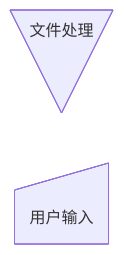
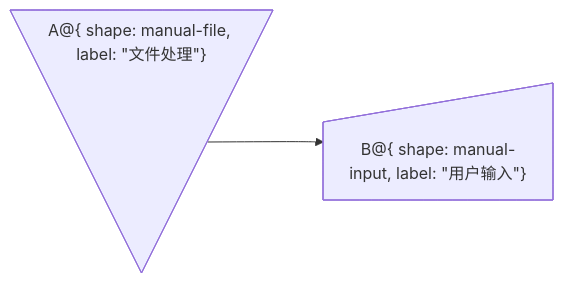
The fifth of 5 diagrams in _posts/2025-09-02-jekyll_plugin.md (liulong0125/liulong0125.github.io), drawn with Mermaid before and after one commit. The commit also changed other lines of this file and 2 other files, not shown here.

Commit message:
流程图更新

````diff
--- a/_posts/2025-09-02-jekyll_plugin.md
+++ b/_posts/2025-09-02-jekyll_plugin.md
@@ -176,5 +162,7 @@
 ```mermaid
 flowchart LR
-  节点A@{ shape: manual-file, label: "文件处理"}
-  节点B@{ shape: manual-input, label: "用户输入"}
+  A@{ shape: manual-file, label: "A@{ shape: manual-file, label: \"文件处理\"}"}
+  B@{ shape: manual-input, label: "B@{ shape: manual-input, label: \"用户输入\"}"}
+
+  A --> B
 ```
````
